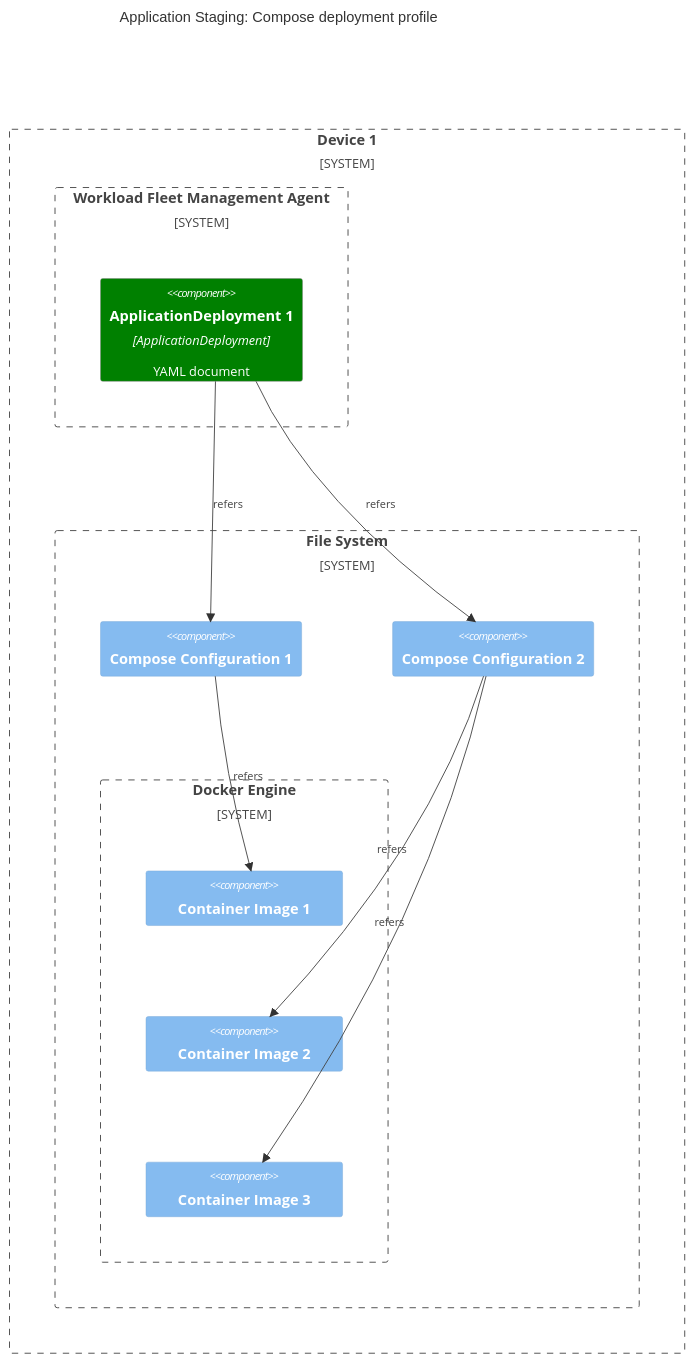
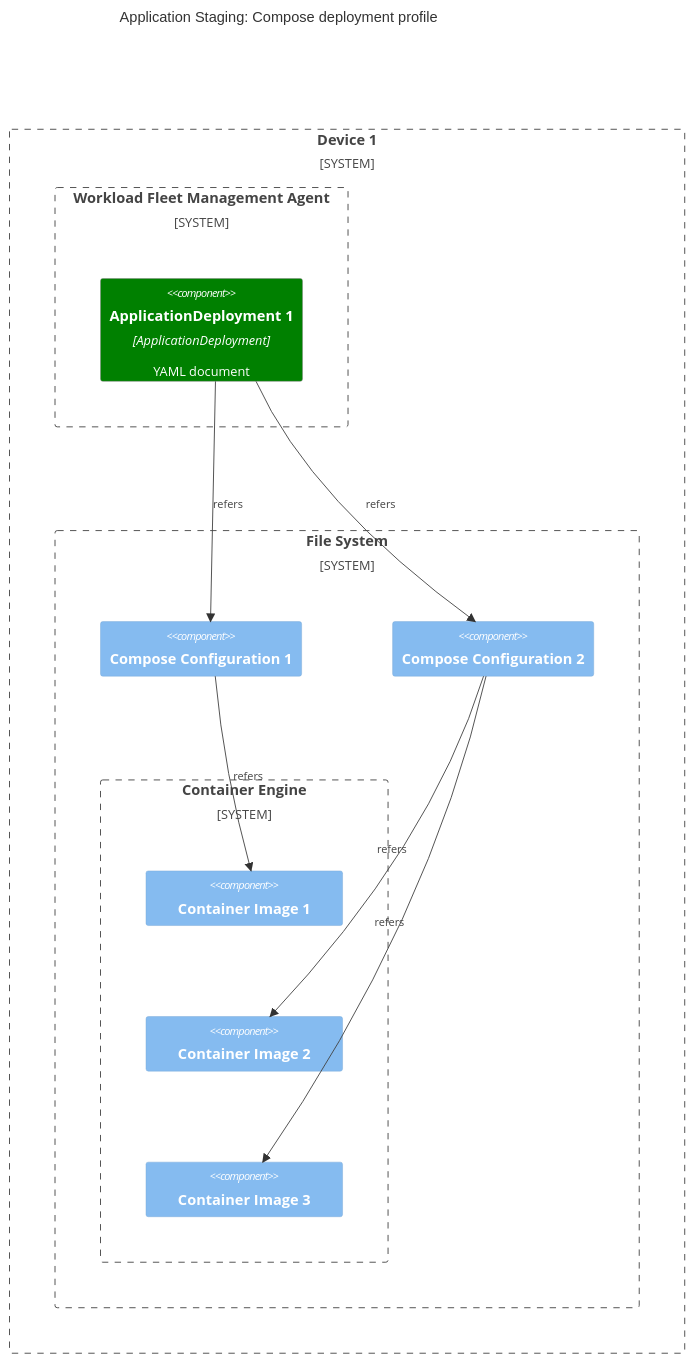
One commit to margo/specification changed the seventh of 10 diagrams in system-design/margo-overview/software-composition.md. Above: the diagram before and after it, drawn with Mermaid. The commit also changed other lines of this file, not shown here.

````diff
--- a/system-design/margo-overview/software-composition.md
+++ b/system-design/margo-overview/software-composition.md
@@ -303,30 +305,30 @@
 ```mermaid
 C4Component
     title Application Staging: Compose deployment profile
 
     UpdateLayoutConfig($c4BoundaryInRow="3", $c4ShapeInRow="1")
 
     System_Boundary(dev1, "Device 1") {
         System_Boundary(woa1, "Workload Fleet Management Agent") {
             Component(atb1, "ApplicationDeployment 1", "ApplicationDeployment", "YAML document")
         }
 
         System_Boundary(fs1, "File System") {
             Component(cc1, "Compose Configuration 1")
             Component(cc2, "Compose Configuration 2")
-            System_Boundary(doc1, "Docker Engine") {
+            System_Boundary(doc1, "Container Engine") {
                 Component(cim1, "Container Image 1")
                 Component(cim2, "Container Image 2")
                 Component(cim3, "Container Image 3")
             }
         }
     }
 
     Rel(atb1, cc1, "refers")
     Rel(atb1, cc2, "refers")
     Rel(cc1, cim1, "refers")
     Rel(cc2, cim2, "refers")
     Rel(cc2, cim3, "refers")
 
     UpdateElementStyle(atb1, $fontColor="white", $bgColor="green", $borderColor="grey")
 ```
````
